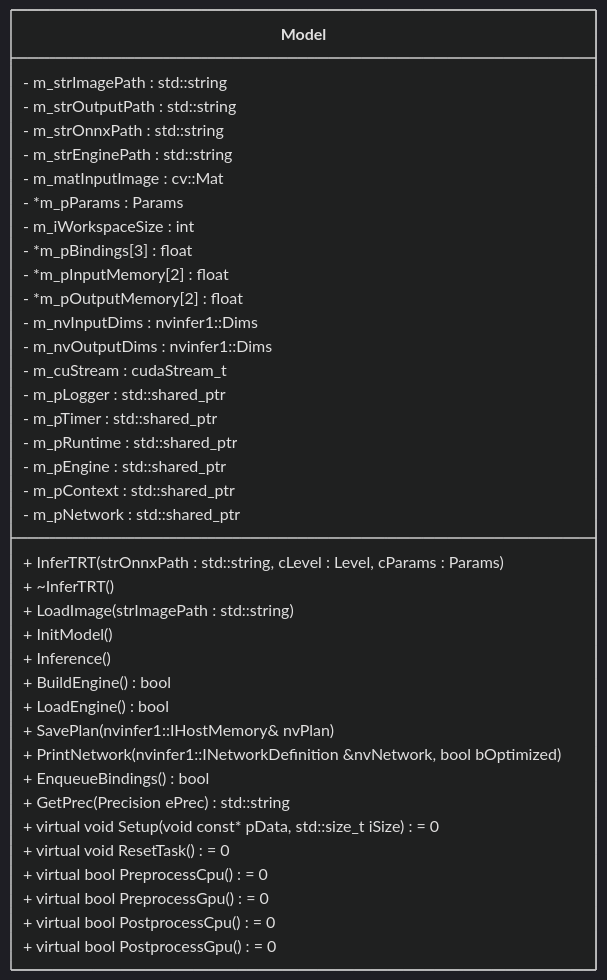
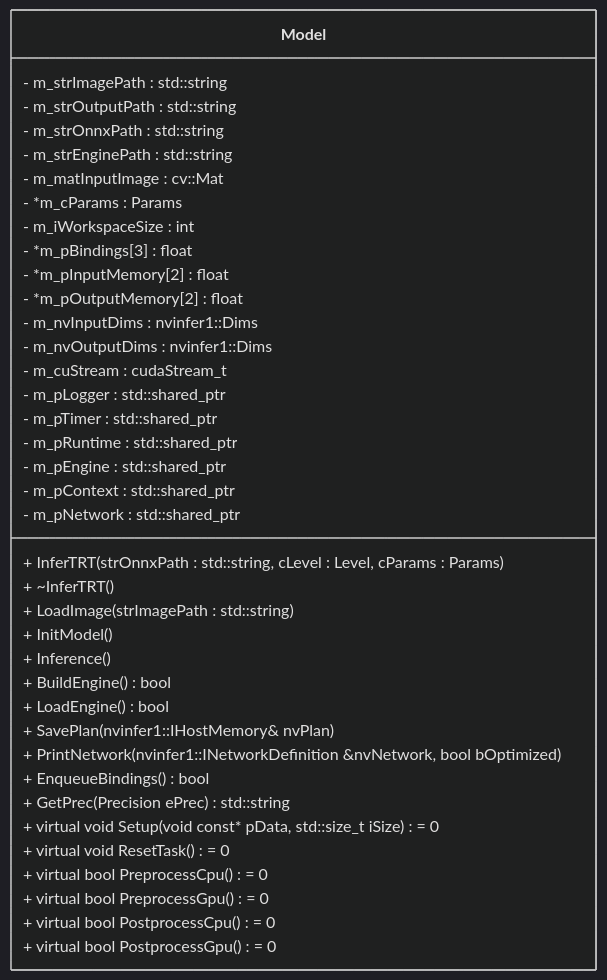
Before and after one commit to Chang-Chiang/InferDeploy: the sixth of 11 diagrams in README.md, drawn with Mermaid (dark theme). The commit also changed other lines of this file and 21 other files, not shown here.

````diff
--- a/README.md
+++ b/README.md
@@ -176,43 +176,43 @@
 ```mermaid
 classDiagram
 class Model {
     - m_strImagePath : std::string
     - m_strOutputPath : std::string
     - m_strOnnxPath : std::string
     - m_strEnginePath : std::string
     - m_matInputImage : cv::Mat
-    - *m_pParams : Params
+    - *m_cParams : Params
     - m_iWorkspaceSize : int
     - *m_pBindings[3] : float
     - *m_pInputMemory[2] : float
     - *m_pOutputMemory[2] : float
     - m_nvInputDims : nvinfer1::Dims
     - m_nvOutputDims : nvinfer1::Dims
     - m_cuStream : cudaStream_t
     - m_pLogger : std::shared_ptr<Logger>
     - m_pTimer : std::shared_ptr<Timer>
     - m_pRuntime : std::shared_ptr<nvinfer1::IRuntime>
     - m_pEngine : std::shared_ptr<nvinfer1::ICudaEngine>
     - m_pContext : std::shared_ptr<nvinfer1::IExecutionContext>
     - m_pNetwork : std::shared_ptr<nvinfer1::INetworkDefinition>
 
     + InferTRT(strOnnxPath : std::string, cLevel : Level, cParams : Params)
     + ~InferTRT()
     + LoadImage(strImagePath : std::string)
     + InitModel() 
     + Inference()
     + BuildEngine() bool
     + LoadEngine() bool
     + SavePlan(nvinfer1::IHostMemory& nvPlan)
     + PrintNetwork(nvinfer1::INetworkDefinition &nvNetwork, bool bOptimized)
     + EnqueueBindings() bool
     + GetPrec(Precision ePrec) std::string
     
     + virtual void Setup(void const* pData, std::size_t iSize) = 0
     + virtual void ResetTask() = 0
     + virtual bool PreprocessCpu() = 0
     + virtual bool PreprocessGpu() = 0
     + virtual bool PostprocessCpu() = 0
     + virtual bool PostprocessGpu() = 0
 }
 ```
````
